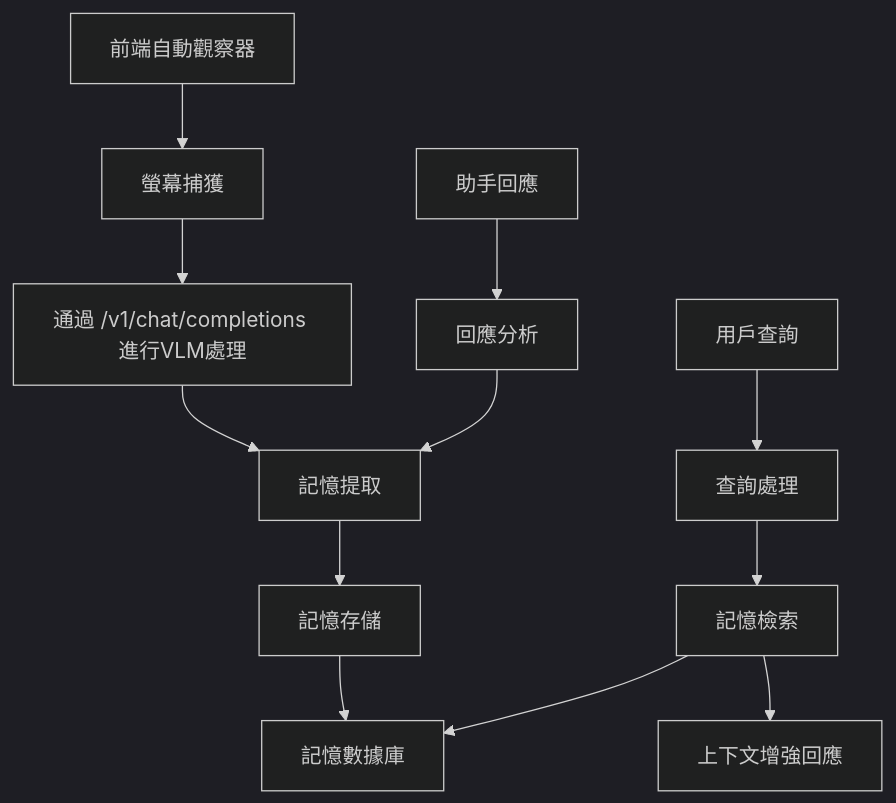
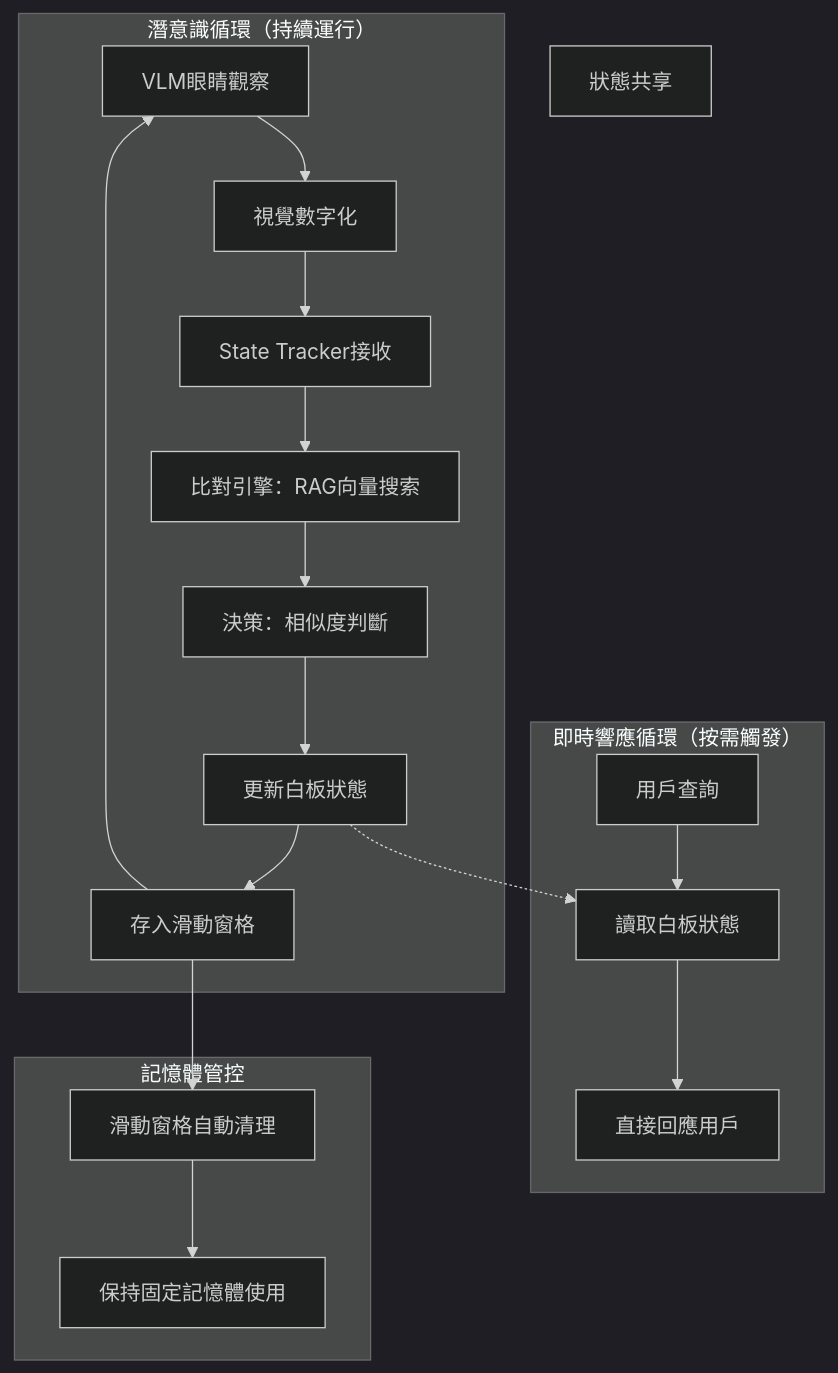
One commit to yitzuliu/DissertationDemo changed the fifth of 5 diagrams in .kiro/specs/memory-system/design.md. Above: the diagram before and after it, drawn with Mermaid (dark theme). The commit also changed other lines of this file and 18 other files, not shown here.

````diff
--- a/.kiro/specs/memory-system/design.md
+++ b/.kiro/specs/memory-system/design.md
@@ -13,16 +398,25 @@
 ```mermaid
 graph TB
-    A[前端自動觀察器] --> B[螢幕捕獲]
-    B --> C[通過 /v1/chat/completions 進行VLM處理]
-    C --> D[記憶提取]
-    D --> E[記憶存儲]
-    E --> F[記憶數據庫]
+    subgraph "潛意識循環（持續運行）"
+        A[VLM眼睛觀察] --> B[視覺數字化]
+        B --> C[State Tracker接收]
+        C --> D[比對引擎：RAG向量搜索]
+        D --> E[決策：相似度判斷]
+        E --> F[更新白板狀態]
+        F --> G[存入滑動窗格]
+        G --> A
+    end
     
-    G[用戶查詢] --> H[查詢處理]
-    H --> I[記憶檢索]
-    I --> F
-    I --> J[上下文增強回應]
+    subgraph "即時響應循環（按需觸發）"
+        H[用戶查詢] --> I[讀取白板狀態]
+        I --> J[直接回應用戶]
+    end
     
-    K[助手回應] --> L[回應分析]
-    L --> D
+    subgraph "記憶體管控"
+        G --> K[滑動窗格自動清理]
+        K --> L[保持固定記憶體使用]
+    end
+    
+    F -.-> I
+    Note1[狀態共享]
 ```
````
